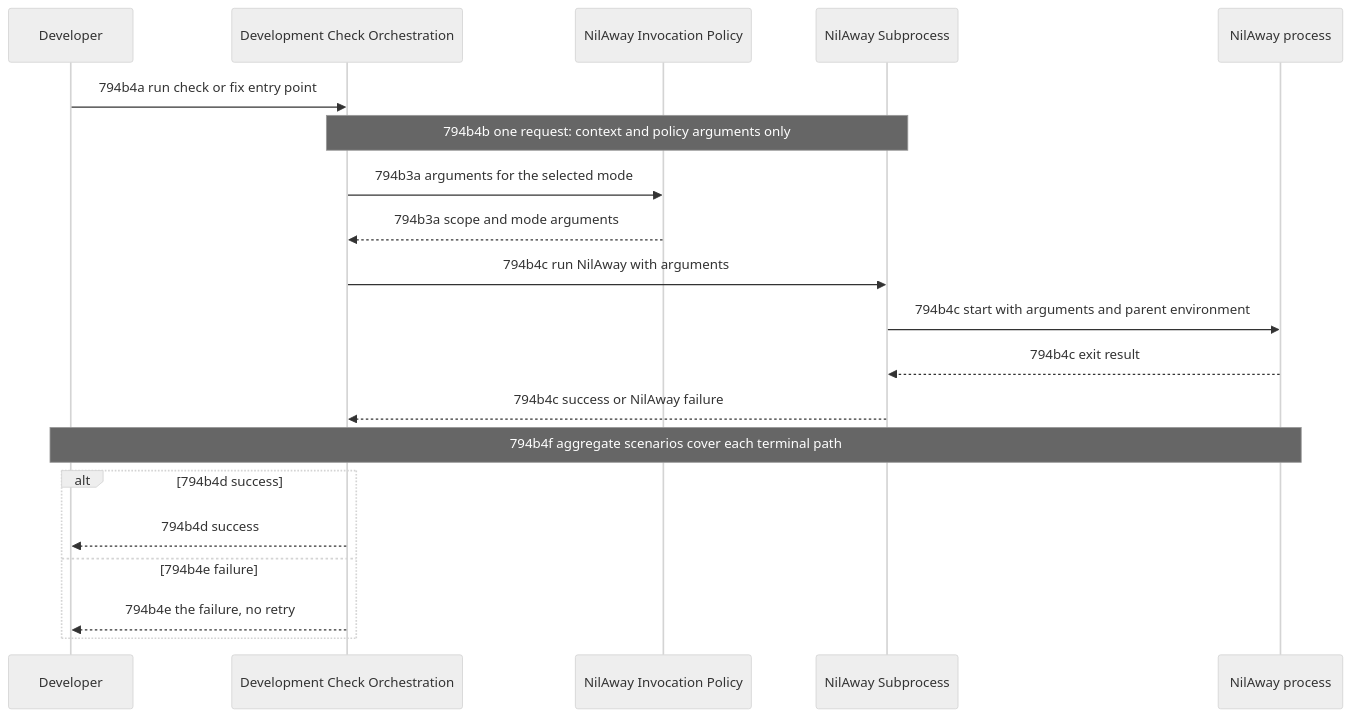
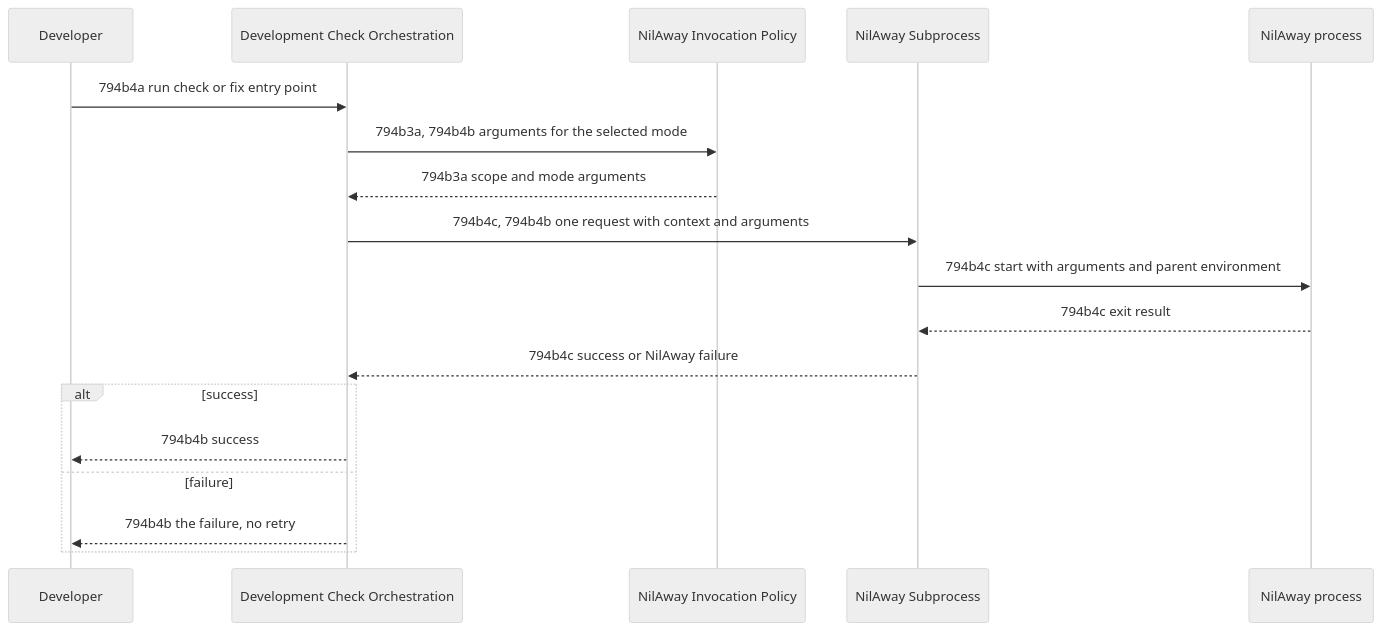
The diagram in docs/specs/technical/nil-check-run-flow.md (toejough/engram), drawn with Mermaid (neutral theme) before and after one commit. The commit also changed other lines of this file and 1 other file, not shown here.

First line of the commit message:
docs(794): one nil check run requirement covering both outcomes

````diff
--- a/docs/specs/technical/nil-check-run-flow.md
+++ b/docs/specs/technical/nil-check-run-flow.md
@@ -7,23 +7,21 @@
 ```mermaid
 sequenceDiagram
     participant Dev as Developer
     participant Orch as Development Check Orchestration
     participant Policy as NilAway Invocation Policy
     participant Sub as NilAway Subprocess
     participant NA as NilAway process
 
     Dev->>Orch: 794b4a run check or fix entry point
-    Note over Orch,Sub: 794b4b one request: context and policy arguments only
-    Orch->>Policy: 794b3a arguments for the selected mode
+    Orch->>Policy: 794b3a, 794b4b arguments for the selected mode
     Policy-->>Orch: 794b3a scope and mode arguments
-    Orch->>Sub: 794b4c run NilAway with arguments
+    Orch->>Sub: 794b4c, 794b4b one request with context and arguments
     Sub->>NA: 794b4c start with arguments and parent environment
     NA-->>Sub: 794b4c exit result
     Sub-->>Orch: 794b4c success or NilAway failure
-    Note over Dev,NA: 794b4f aggregate scenarios cover each terminal path
-    alt 794b4d success
-        Orch-->>Dev: 794b4d success
-    else 794b4e failure
-        Orch-->>Dev: 794b4e the failure, no retry
+    alt success
+        Orch-->>Dev: 794b4b success
+    else failure
+        Orch-->>Dev: 794b4b the failure, no retry
     end
 ```
````
